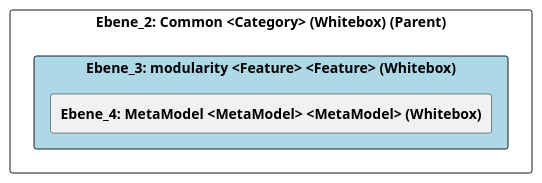
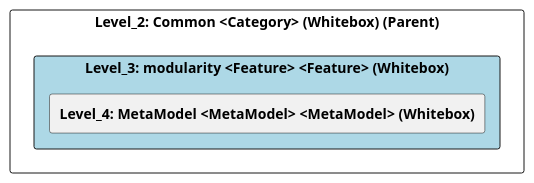
The diagram in doc/cleonproject_deliverables_architecture_model_architecture/adoc/de/05_bausteinsicht/cleon/common/modularity/ebene_3_modularity.adoc (marcozwyssig/cleon), drawn with PlantUML before and after one commit. The commit also changed other lines of this file and 83 other files, not shown here.

```diff
--- a/doc/cleonproject_deliverables_architecture_model_architecture/adoc/de/05_bausteinsicht/cleon/common/modularity/ebene_3_modularity.adoc
+++ b/doc/cleonproject_deliverables_architecture_model_architecture/adoc/de/05_bausteinsicht/cleon/common/modularity/ebene_3_modularity.adoc
@@ -20,24 +20,24 @@
-[plantuml, Ebene_3: modularity <Feature> <Feature> (Whitebox)BlockOverview, format="svg"]
+[plantuml, Level_3: modularity <Feature> <Feature> (Whitebox)BlockOverview, format="svg"]
 ----
-@startuml Ebene_3: modularity <Feature> <Feature> (Whitebox)BuildingBlockOverview
+@startuml Level_3: modularity <Feature> <Feature> (Whitebox)BuildingBlockOverview
 
 skinparam ranksep 10
 skinparam componentStyle rectangle
 skinparam shadowing false
 skinparam arrowColor lightblue
 skinparam arrowThickness 1.2
 skinparam rectangle {
   BackgroundColor White
   BorderColor #333
   RoundCorner 10
 }
 top to bottom direction
 
-component "Ebene_2: Common <Category> (Whitebox) (Parent)" {
-    component "Ebene_3: modularity <Feature> <Feature> (Whitebox)" #lightblue {
-        [**Ebene_4: MetaModel <MetaModel> <MetaModel> (Whitebox)**] as 4A570571_D579_11EE_903E_9F564E4DE07E
+component "Level_2: Common <Category> (Whitebox) (Parent)" {
+    component "Level_3: modularity <Feature> <Feature> (Whitebox)" #lightblue {
+        [**Level_4: MetaModel <MetaModel> <MetaModel> (Whitebox)**] as 4A570571_D579_11EE_903E_9F564E4DE07E
     }
 }
 
 @enduml
 ----
```
